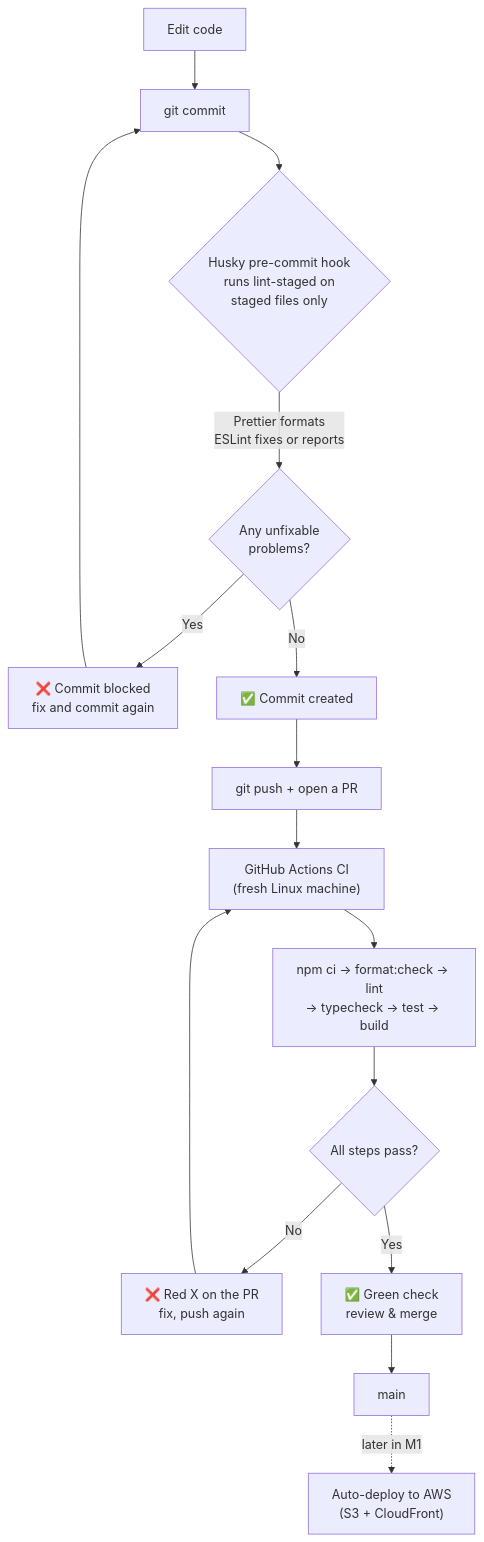
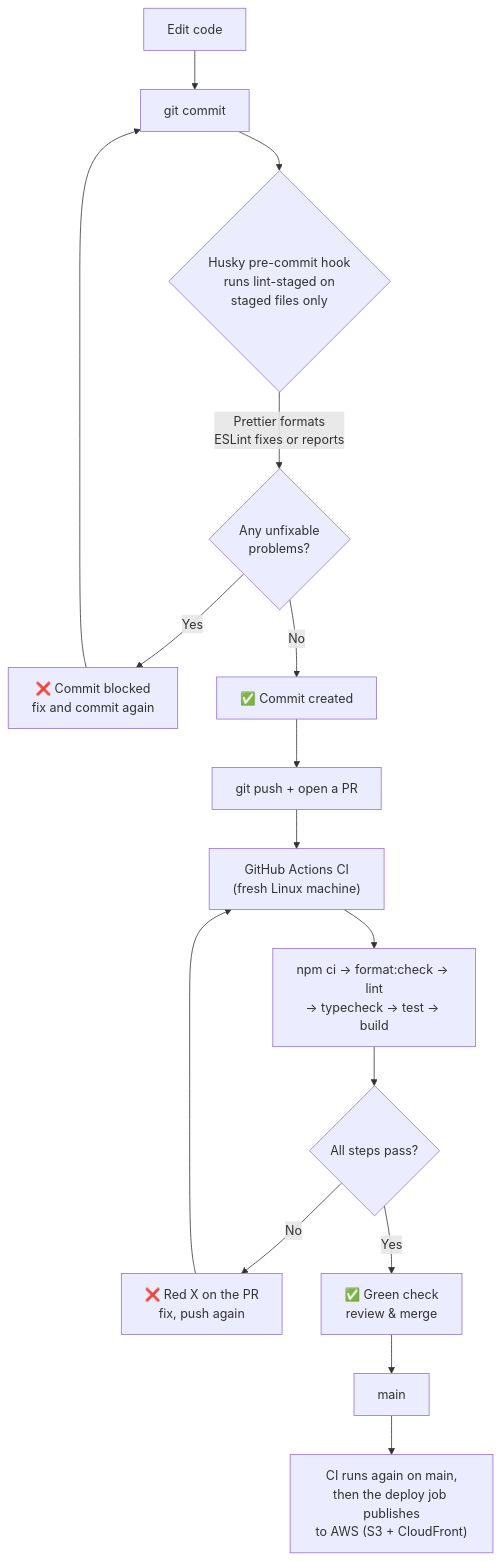
One commit to TheKingSnoop/casa-calderon changed the first of 2 diagrams in docs/06-development-workflow.md. Above: the diagram before and after it, drawn with Mermaid. The commit also changed other lines of this file and 6 other files, not shown here.

First line of the commit message:
feat(ci): deploy the site to AWS on merge to main

````diff
--- a/docs/06-development-workflow.md
+++ b/docs/06-development-workflow.md
@@ -17,18 +17,18 @@
 ```mermaid
 flowchart TD
     A[Edit code] --> B["git commit"]
     B --> C{"Husky pre-commit hook<br/>runs lint-staged on<br/>staged files only"}
     C -->|"Prettier formats<br/>ESLint fixes or reports"| D{Any unfixable<br/>problems?}
     D -->|Yes| E["❌ Commit blocked<br/>fix and commit again"]
     E --> B
     D -->|No| F["✅ Commit created"]
     F --> G["git push + open a PR"]
     G --> H["GitHub Actions CI<br/>(fresh Linux machine)"]
     H --> I["npm ci → format:check → lint<br/>→ typecheck → test → build"]
     I --> J{All steps pass?}
     J -->|No| K["❌ Red X on the PR<br/>fix, push again"]
     K --> H
     J -->|Yes| L["✅ Green check<br/>review & merge"]
     L --> M["main"]
-    M -.->|"later in M1"| N["Auto-deploy to AWS<br/>(S3 + CloudFront)"]
+    M --> N["CI runs again on main,<br/>then the deploy job publishes<br/>to AWS (S3 + CloudFront)"]
 ```
````
